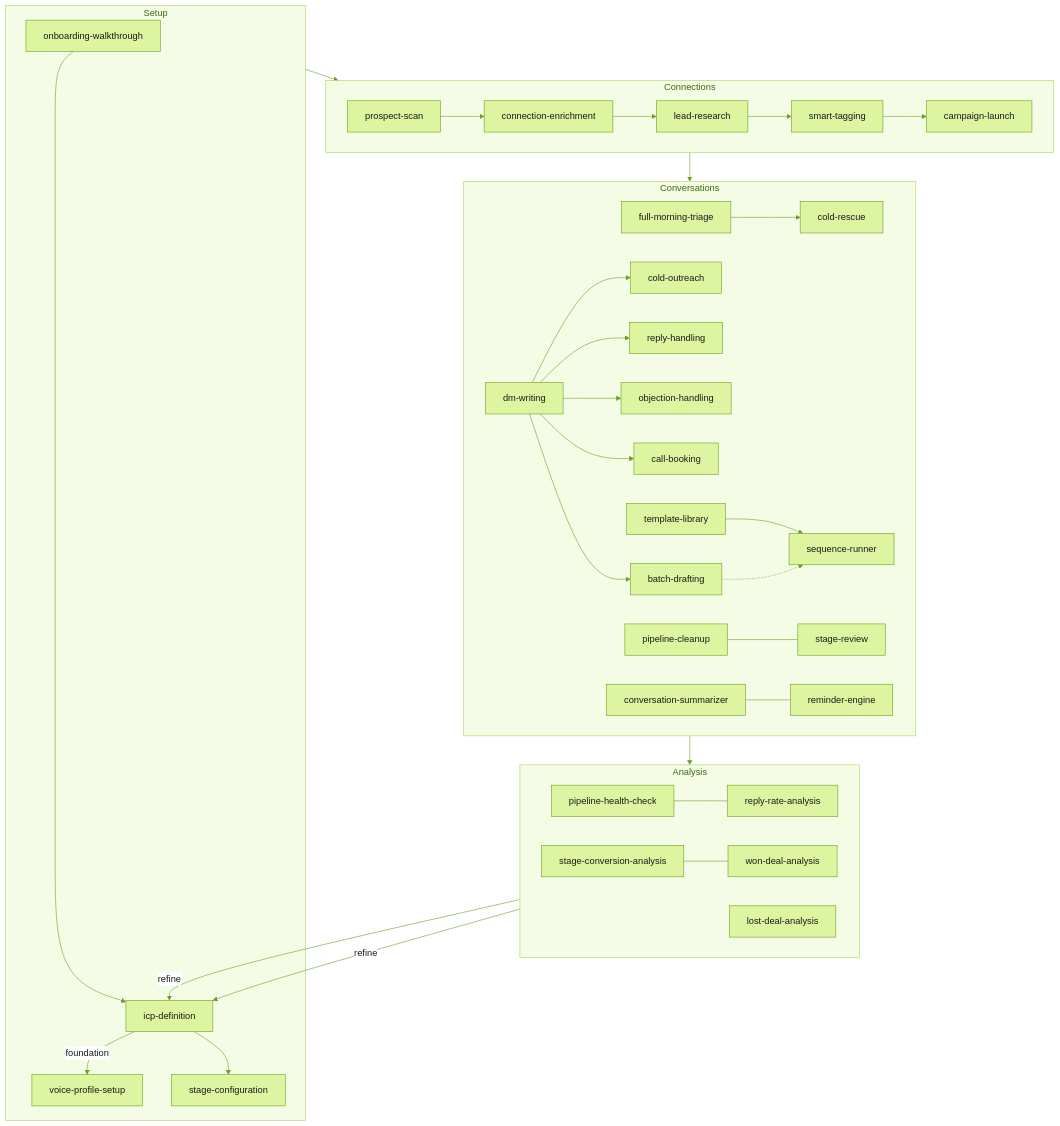
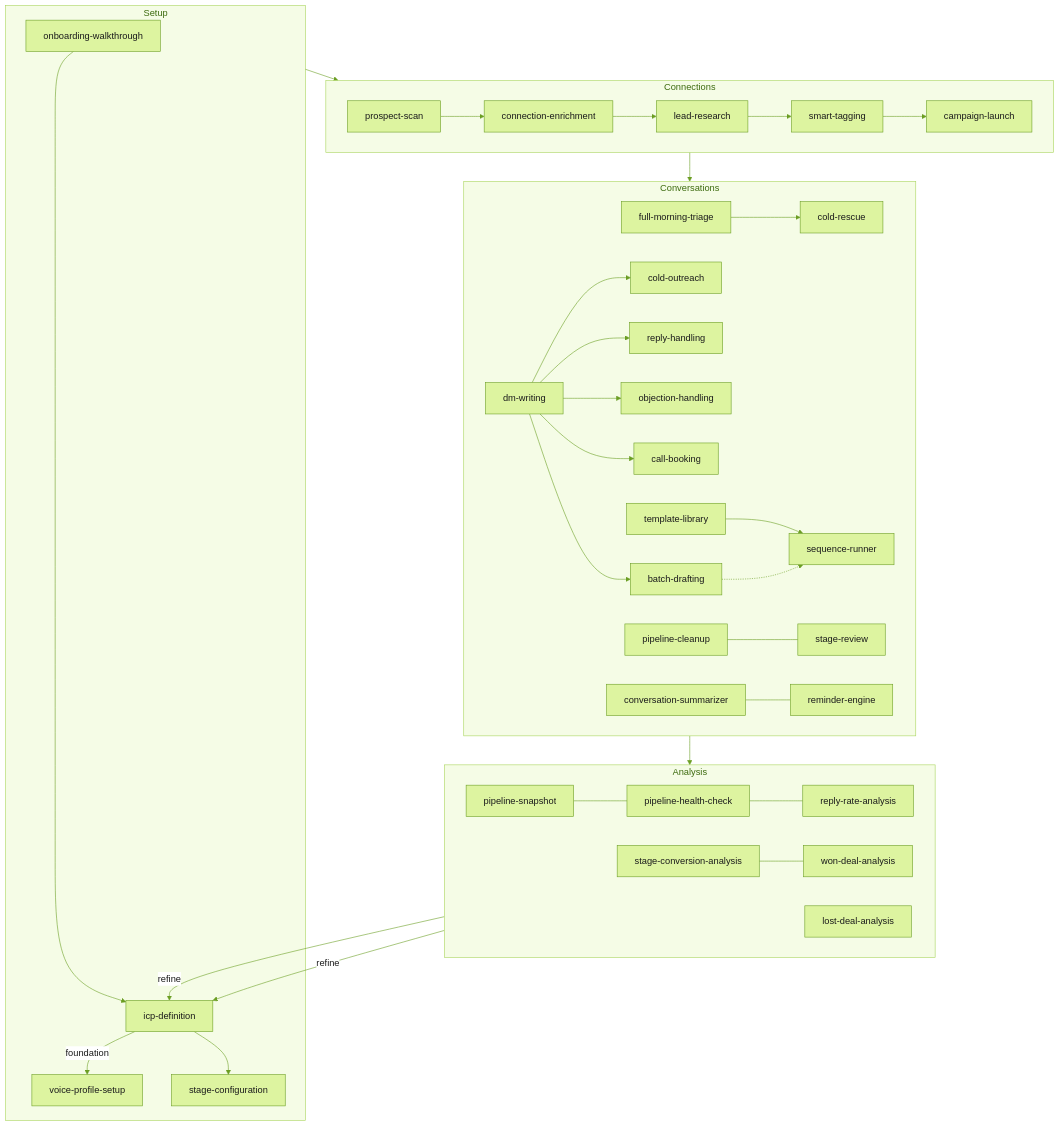
One commit to stvbutlr/linkninja-skills changed the diagram in README.md. Above: the diagram before and after it, drawn with Mermaid. The commit also changed other lines of this file and 2 other files, not shown here.

Commit message:
feat: add pipeline-snapshot skill — per-stage deltas, bake-able into Routine

````diff
--- a/README.md
+++ b/README.md
@@ -123,51 +124,52 @@
 ```mermaid
 %%{init: {'theme': 'base', 'themeVariables': {
   'primaryColor': '#ddf4a0',
   'primaryTextColor': '#1a1a1a',
   'primaryBorderColor': '#6b9e23',
   'lineColor': '#6b9e23',
   'clusterBkg': '#f5fce6',
   'clusterBorder': '#a8d45a',
   'titleColor': '#3d6b0f',
   'edgeLabelBackground': '#ffffff',
   'fontFamily': 'JetBrains Mono, monospace'
 }}}%%
 flowchart TD
     subgraph Setup
         OW[onboarding-walkthrough] --> ICP[icp-definition]
         ICP -->|foundation| VP[voice-profile-setup]
         ICP --> SC[stage-configuration]
     end
 
     subgraph Connections
         PS[prospect-scan] --> CE[connection-enrichment]
         CE --> LR[lead-research]
         LR --> ST[smart-tagging]
         ST --> CL[campaign-launch]
     end
 
     subgraph Conversations
         direction LR
         FMT[full-morning-triage] --> CR[cold-rescue]
         DM[dm-writing] --> CO[cold-outreach]
         DM --> RH[reply-handling]
         DM --> OH[objection-handling]
         DM --> CB[call-booking]
         DM --> BD[batch-drafting]
         TL[template-library] --> SQR[sequence-runner]
         BD -.-> SQR
         PC[pipeline-cleanup] --- SR[stage-review]
         CS[conversation-summarizer] --- RE[reminder-engine]
     end
 
     subgraph Analysis
         direction LR
-        PHC[pipeline-health-check] --- RRA[reply-rate-analysis]
+        PSN[pipeline-snapshot] --- PHC[pipeline-health-check]
+        PHC --- RRA[reply-rate-analysis]
         SCA[stage-conversion-analysis] --- WDA[won-deal-analysis]
         LDA[lost-deal-analysis]
     end
 
     Setup --> Connections --> Conversations --> Analysis
     WDA -->|refine| ICP
     LDA -->|refine| ICP
 ```
````
